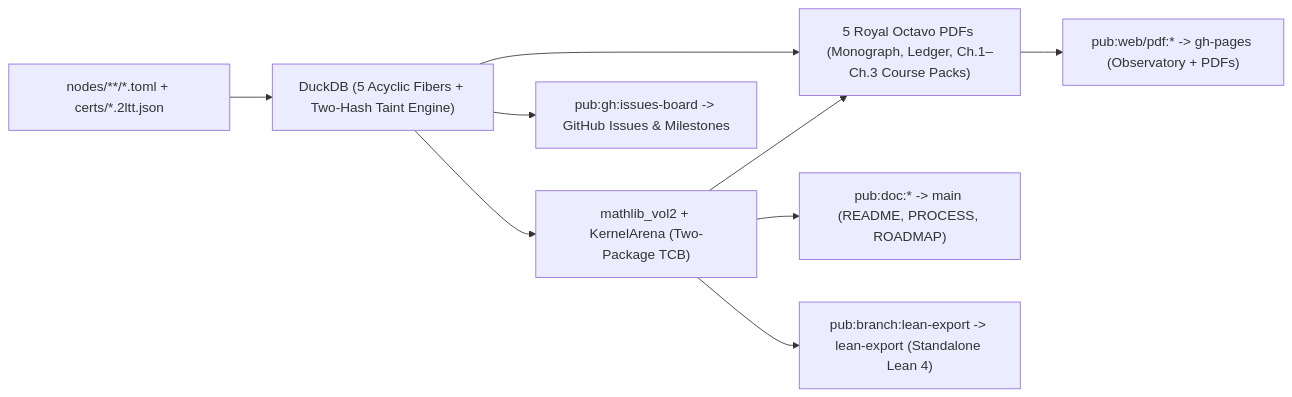
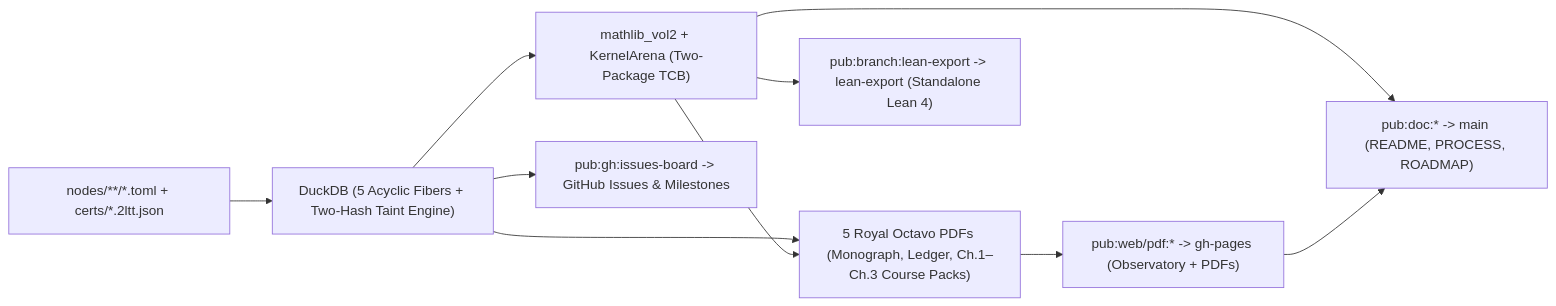
One commit to tryggth/categorical-reverse-mathematics-vol2 changed the diagram in README.md. Above: the diagram before and after it, drawn with Mermaid. The commit also changed other lines of this file and 39 other files, not shown here.

````diff
--- a/README.md
+++ b/README.md
@@ -16,11 +16,12 @@
 ```mermaid
 flowchart LR
   SRC["nodes/**/*.toml + certs/*.2ltt.json"] --> DB["DuckDB (5 Acyclic Fibers + Two-Hash Taint Engine)"]
   DB --> TCB["mathlib_vol2 + KernelArena (Two-Package TCB)"]
   DB --> PDFS["5 Royal Octavo PDFs (Monograph, Ledger, Ch.1–Ch.3 Course Packs)"]
   TCB --> PDFS
   TCB --> SMAIN["pub:doc:* -> main (README, PROCESS, ROADMAP)"]
   PDFS --> SPAGES["pub:web/pdf:* -> gh-pages (Observatory + PDFs)"]
+  SPAGES --> SMAIN
   TCB --> SLEAN["pub:branch:lean-export -> lean-export (Standalone Lean 4)"]
   DB --> SISS["pub:gh:issues-board -> GitHub Issues & Milestones"]
 ```
````
